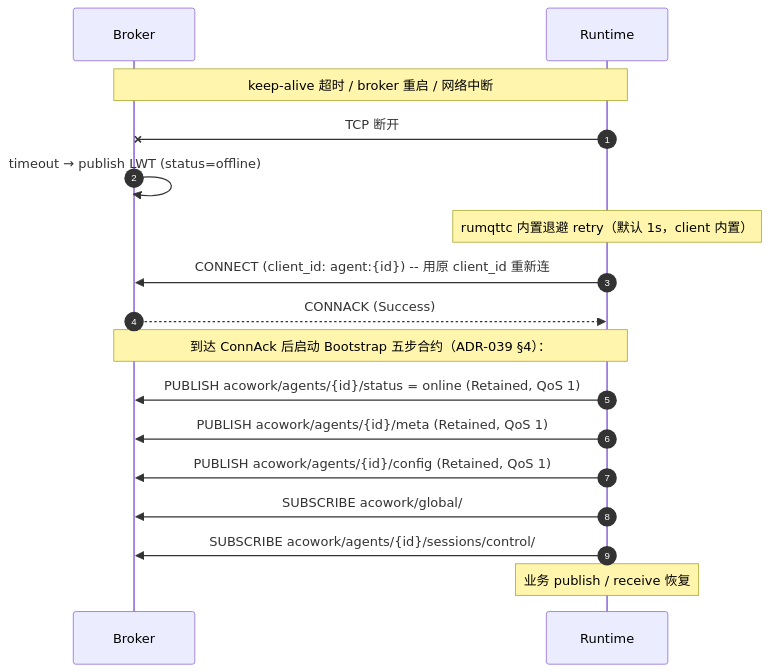
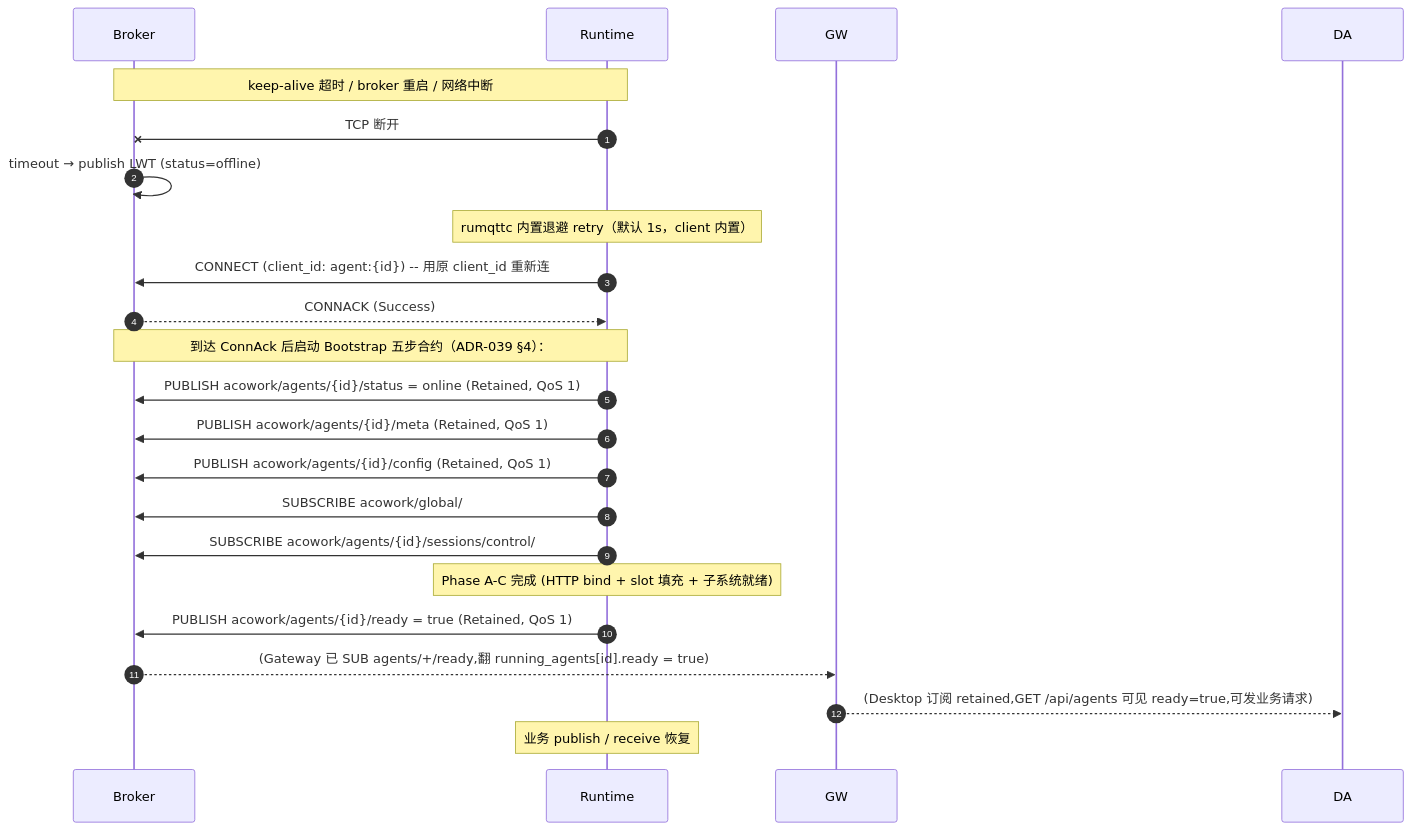
The third of 7 diagrams in docs/zh/protocols/mqtt.md (tranxon/ACowork), drawn with Mermaid before and after one commit. The commit also changed other lines of this file and 14 other files, not shown here.

````diff
--- a/docs/zh/protocols/mqtt.md
+++ b/docs/zh/protocols/mqtt.md
@@ -466,20 +477,24 @@
 ```mermaid
 sequenceDiagram
     autonumber
     participant B as Broker
     participant RT as Runtime
 
     Note over RT,B: keep-alive 超时 / broker 重启 / 网络中断
     RT-xB: TCP 断开
     B->>B: timeout → publish LWT (status=offline)
     Note over RT: rumqttc 内置退避 retry（默认 1s，client 内置）
     RT->>B: CONNECT (client_id: agent:{id}) -- 用原 client_id 重新连
     B-->>RT: CONNACK (Success)
     Note over RT,B: 到达 ConnAck 后启动 Bootstrap 五步合约（ADR-039 §4）：
     RT->>B: PUBLISH acowork/agents/{id}/status = online (Retained, QoS 1)
     RT->>B: PUBLISH acowork/agents/{id}/meta (Retained, QoS 1)
     RT->>B: PUBLISH acowork/agents/{id}/config (Retained, QoS 1)
     RT->>B: SUBSCRIBE acowork/global/# (QoS 1)
     RT->>B: SUBSCRIBE acowork/agents/{id}/sessions/control/# (QoS 1)
+    Note over RT: Phase A-C 完成 (HTTP bind + slot 填充 + 子系统就绪)
+    RT->>B: PUBLISH acowork/agents/{id}/ready = true (Retained, QoS 1)
+    B-->>GW: (Gateway 已 SUB agents/+/ready,翻 running_agents[id].ready = true)
+    GW-->>DA: (Desktop 订阅 retained,GET /api/agents 可见 ready=true,可发业务请求)
     Note over RT: 业务 publish / receive 恢复
 ```
````
